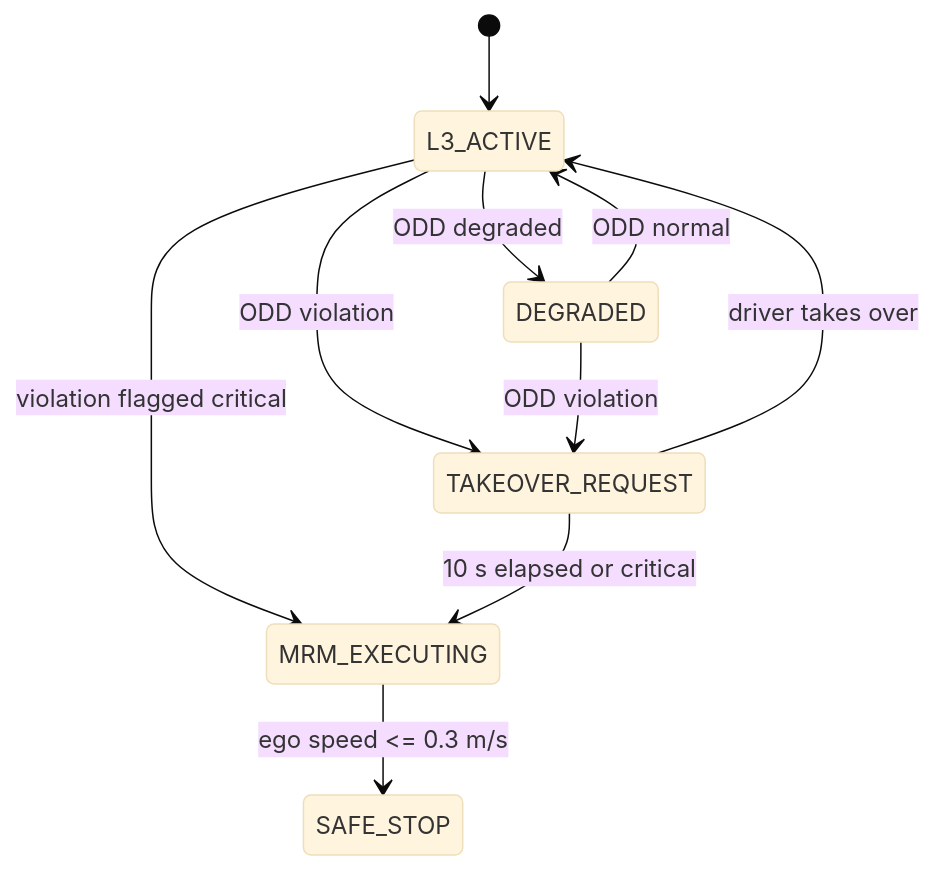
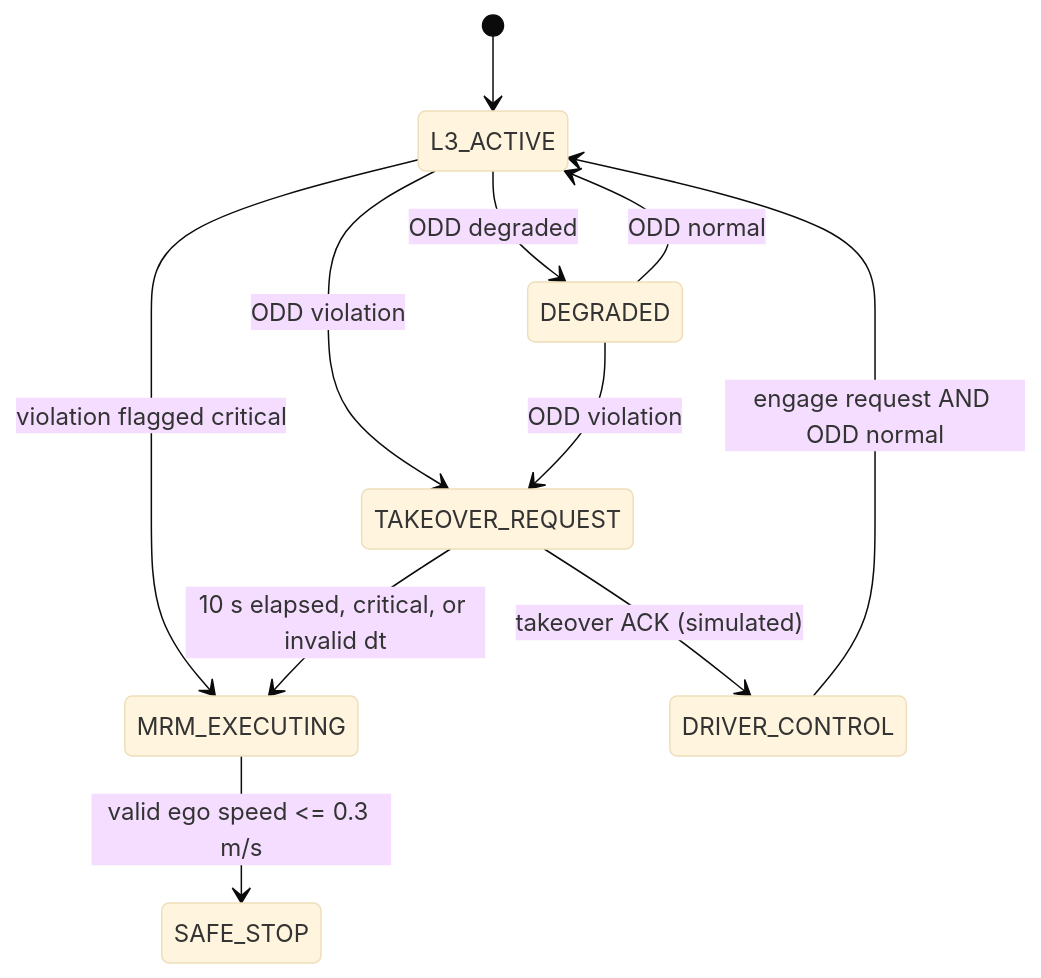
The sixth of 8 diagrams in docs/ARCHITECTURE.md (nhatduongchess-cloud/carla-adas-active-safety-project), drawn with Mermaid (base theme) before and after one commit. The commit also changed other lines of this file and 10 other files, not shown here.

````diff
--- a/docs/ARCHITECTURE.md
+++ b/docs/ARCHITECTURE.md
@@ -445,12 +467,13 @@
 ```mermaid
 stateDiagram-v2
     [*] --> L3_ACTIVE
     L3_ACTIVE --> DEGRADED: ODD degraded
     DEGRADED --> L3_ACTIVE: ODD normal
     L3_ACTIVE --> TAKEOVER_REQUEST: ODD violation
     DEGRADED --> TAKEOVER_REQUEST: ODD violation
     L3_ACTIVE --> MRM_EXECUTING: violation flagged critical
-    TAKEOVER_REQUEST --> L3_ACTIVE: driver takes over
-    TAKEOVER_REQUEST --> MRM_EXECUTING: 10 s elapsed or critical
-    MRM_EXECUTING --> SAFE_STOP: ego speed <= 0.3 m/s
+    TAKEOVER_REQUEST --> DRIVER_CONTROL: takeover ACK (simulated)
+    DRIVER_CONTROL --> L3_ACTIVE: engage request AND ODD normal
+    TAKEOVER_REQUEST --> MRM_EXECUTING: 10 s elapsed, critical, or invalid dt
+    MRM_EXECUTING --> SAFE_STOP: valid ego speed <= 0.3 m/s
 ```
````
